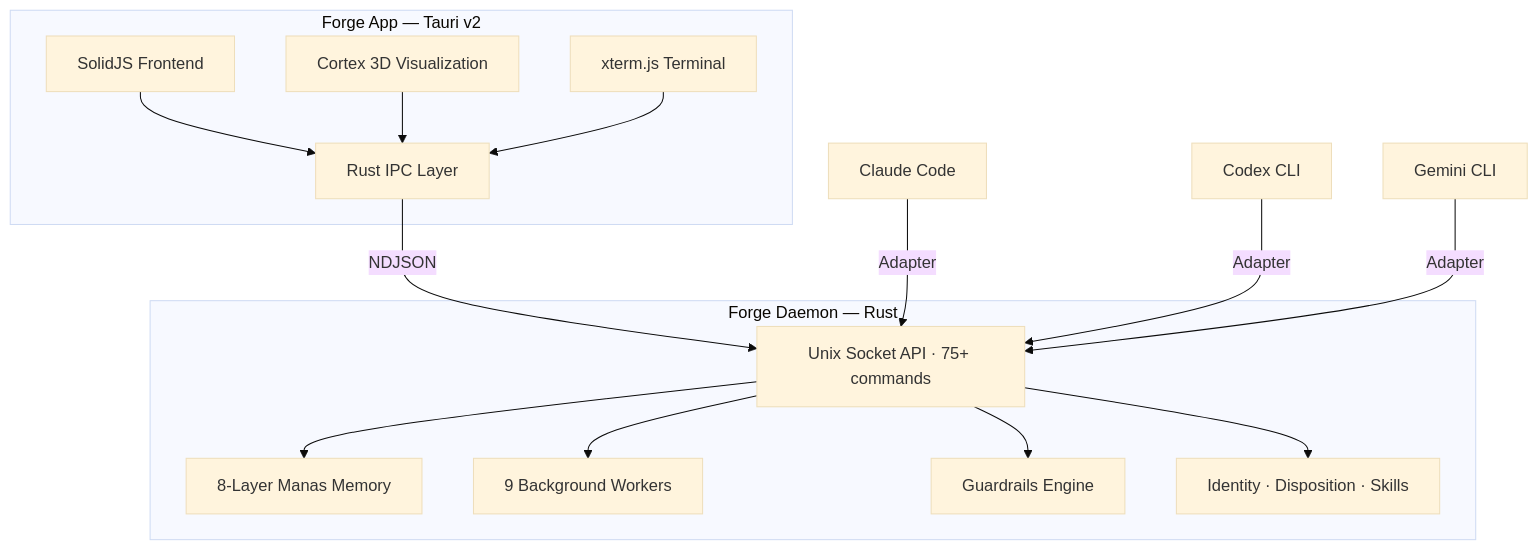
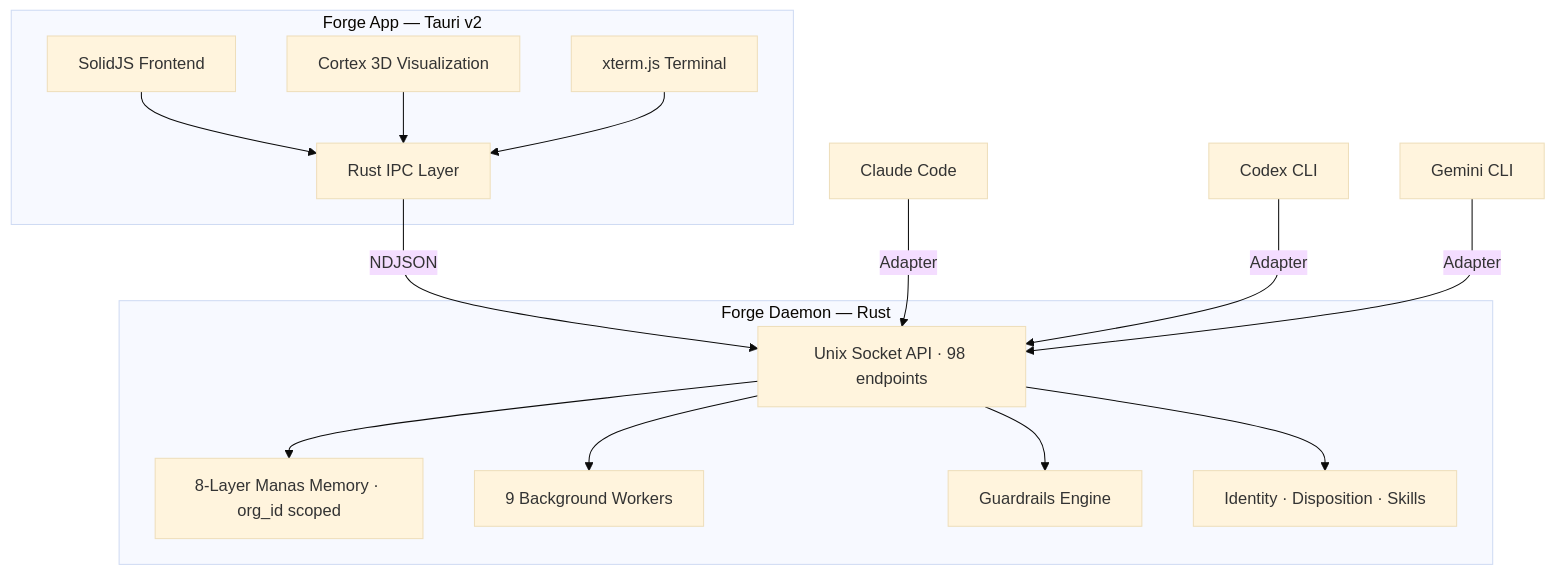
One commit to chaosmaximus/forge changed the diagram in README.md. Above: the diagram before and after it, drawn with Mermaid (base theme). The commit also changed other lines of this file and 3 other files, not shown here.

````diff
--- a/README.md
+++ b/README.md
@@ -84,30 +84,30 @@
 ```mermaid
 graph TB
     subgraph App["Forge App — Tauri v2"]
         UI["SolidJS Frontend"]
         Cortex["Cortex 3D Visualization"]
         Terminal["xterm.js Terminal"]
         IPC["Rust IPC Layer"]
     end
 
     subgraph Daemon["Forge Daemon — Rust"]
-        Socket["Unix Socket API · 75+ commands"]
-        Manas["8-Layer Manas Memory"]
+        Socket["Unix Socket API · 98 endpoints"]
+        Manas["8-Layer Manas Memory · org_id scoped"]
         Workers["9 Background Workers"]
         Guards["Guardrails Engine"]
         Identity["Identity · Disposition · Skills"]
     end
 
     UI --> IPC
     Cortex --> IPC
     Terminal --> IPC
     IPC -->|NDJSON| Socket
     Socket --> Manas
     Socket --> Workers
     Socket --> Guards
     Socket --> Identity
 
     Claude["Claude Code"] -->|Adapter| Socket
     Codex["Codex CLI"] -->|Adapter| Socket
     Gemini["Gemini CLI"] -->|Adapter| Socket
 ```
````
